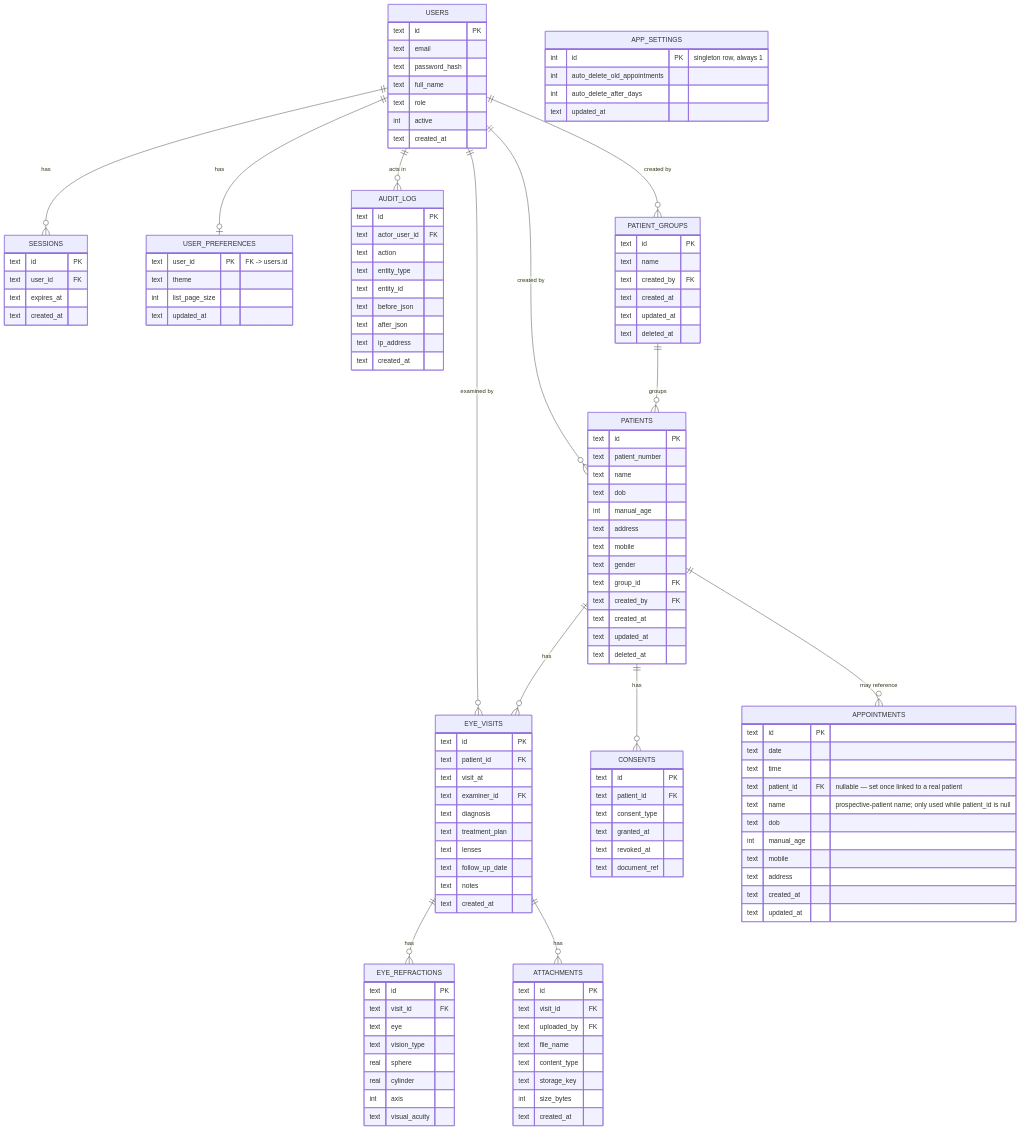
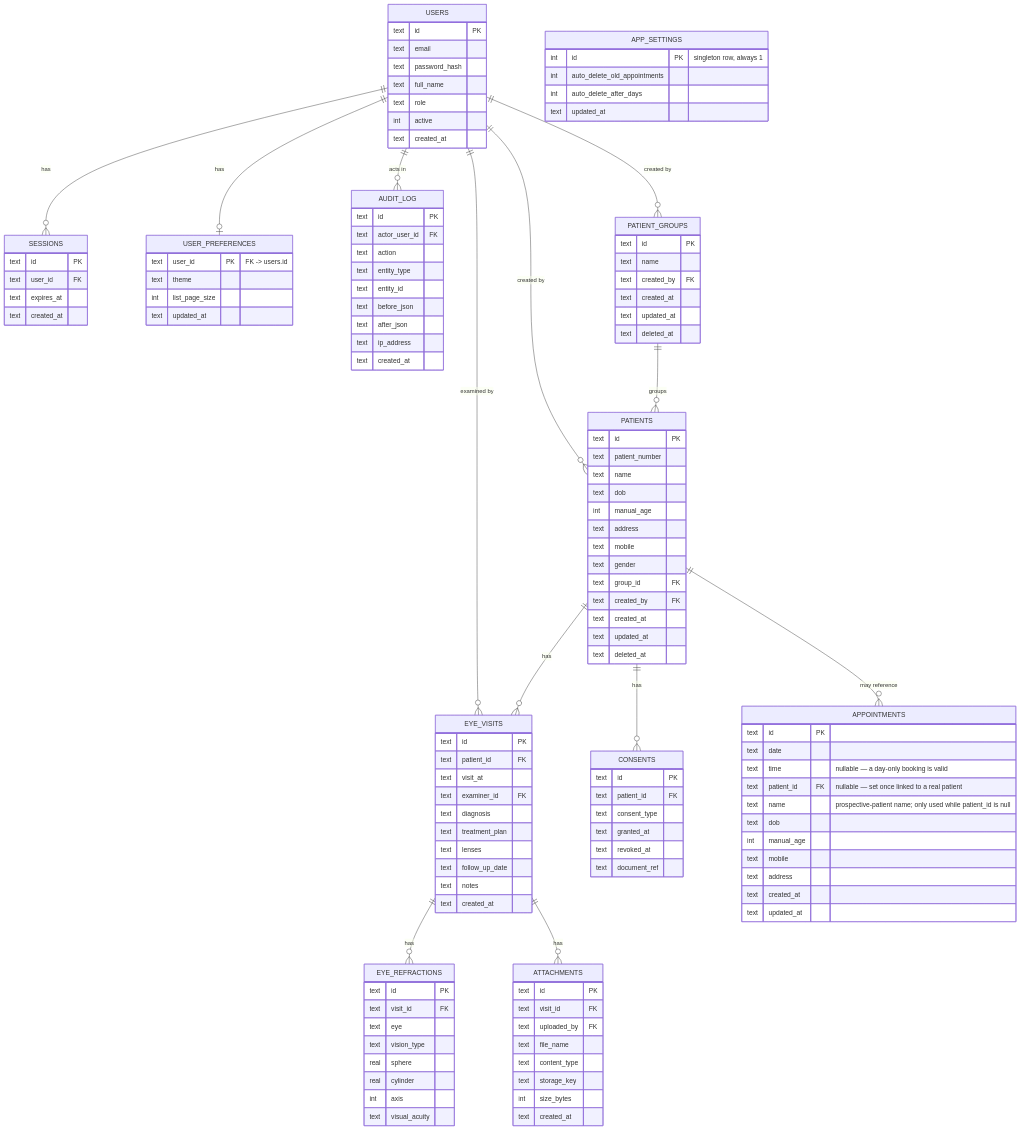
One commit to hashwani19/Testhash changed the second of 2 diagrams in docs/design.md. Above: the diagram before and after it, drawn with Mermaid. The commit also changed other lines of this file and 5 other files, not shown here.

First line of the commit message:
Make appointment time optional; date + patient are the only requirements

```diff
--- a/docs/design.md
+++ b/docs/design.md
@@ -242,7 +242,7 @@
     APPOINTMENTS {
         text id PK
         text date
-        text time
+        text time "nullable — a day-only booking is valid"
         text patient_id FK "nullable — set once linked to a real patient"
         text name "prospective-patient name; only used while patient_id is null"
         text dob
```
